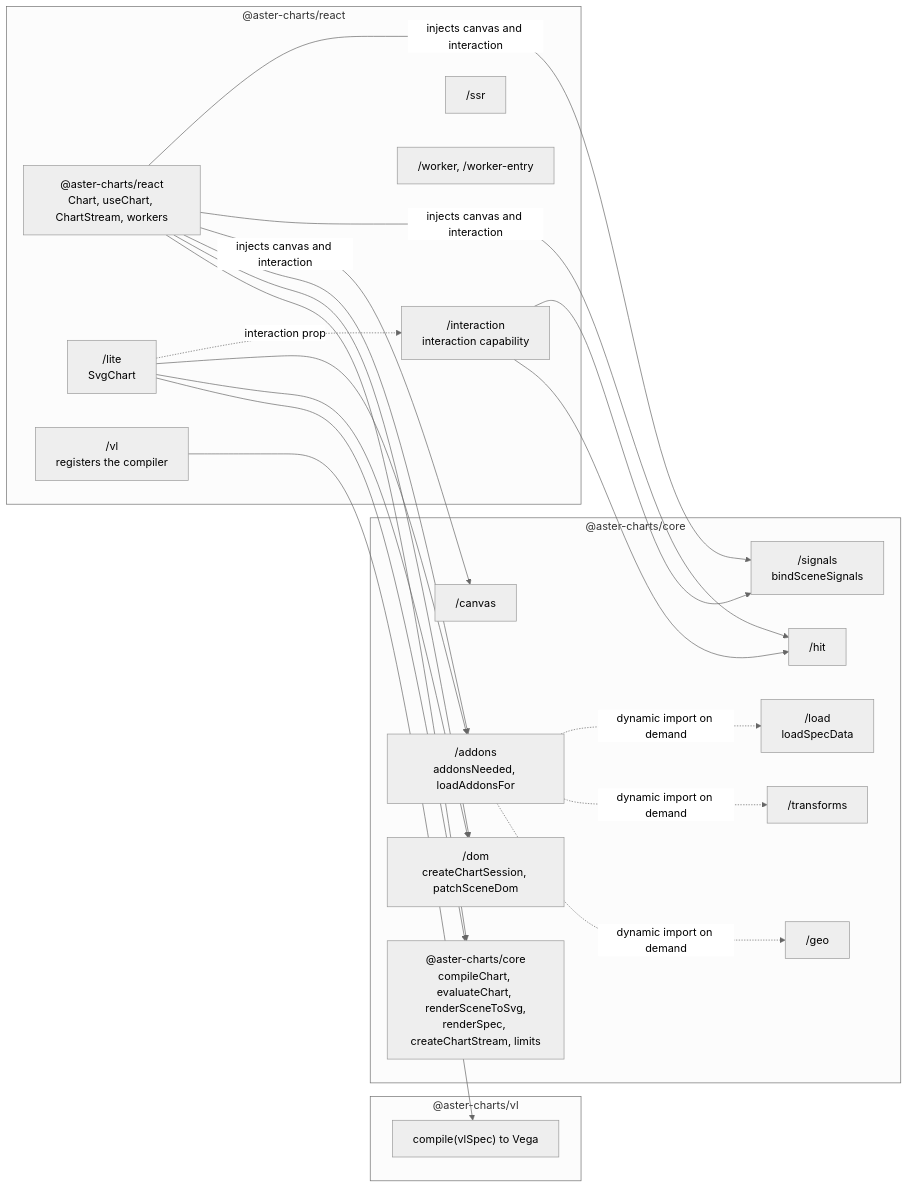
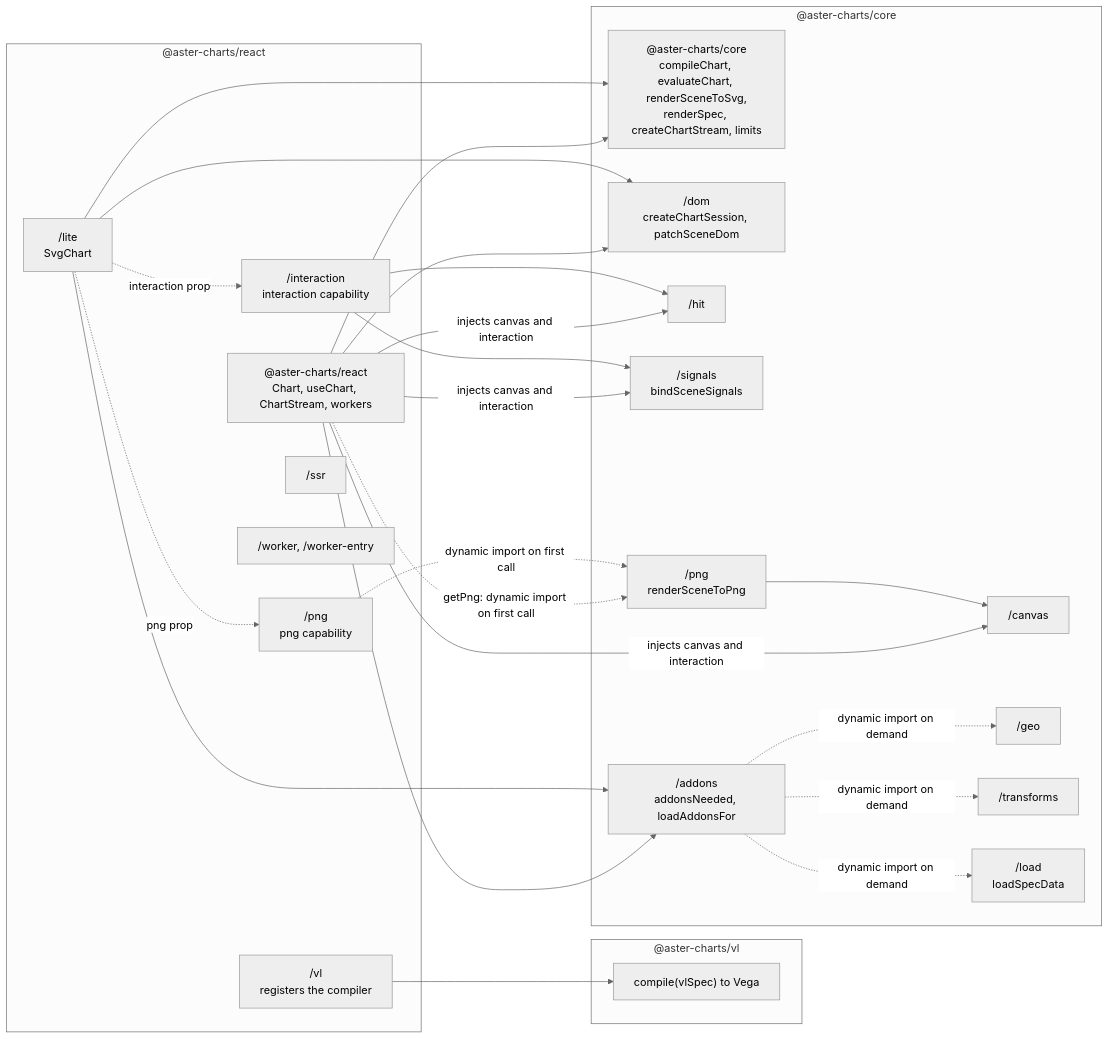
Before and after one commit to mgilbir/aster-react: the first of 3 diagrams in docs/ARCHITECTURE.md, drawn with Mermaid (neutral theme). The commit also changed other lines of this file and 25 other files, not shown here.

````diff
--- a/docs/ARCHITECTURE.md
+++ b/docs/ARCHITECTURE.md
@@ -21,32 +21,38 @@
 ```mermaid
 flowchart LR
   subgraph vl["@aster-charts/vl"]
     VLC["compile(vlSpec) to Vega"]
   end
   subgraph core["@aster-charts/core"]
     C0["@aster-charts/core<br/>compileChart, evaluateChart, renderSceneToSvg,<br/>renderSpec, createChartStream, limits"]
     DOM["/dom<br/>createChartSession, patchSceneDom"]
     CAN["/canvas"]
     HIT["/hit"]
     SIG["/signals<br/>bindSceneSignals"]
     ADD["/addons<br/>addonsNeeded, loadAddonsFor"]
     GEO["/geo"]
     TRX["/transforms"]
     LOAD["/load<br/>loadSpecData"]
+    PNG["/png<br/>renderSceneToPng"]
   end
   subgraph react["@aster-charts/react"]
     R0["@aster-charts/react<br/>Chart, useChart, ChartStream, workers"]
     LITE["/lite<br/>SvgChart"]
     INT["/interaction<br/>interaction capability"]
+    PNGR["/png<br/>png capability"]
     RVL["/vl<br/>registers the compiler"]
     SSR["/ssr"]
     WK["/worker, /worker-entry"]
   end
   R0 --> C0 & DOM & ADD
   R0 -- "injects canvas and interaction" --> CAN & HIT & SIG
   LITE --> C0 & DOM & ADD
   INT --> HIT & SIG
   LITE -. "interaction prop" .-> INT
+  LITE -. "png prop" .-> PNGR
+  R0 -. "getPng: dynamic import on first call" .-> PNG
+  PNGR -. "dynamic import on first call" .-> PNG
+  PNG --> CAN
   RVL --> VLC
   ADD -. "dynamic import on demand" .-> GEO & TRX & LOAD
 ```
````
